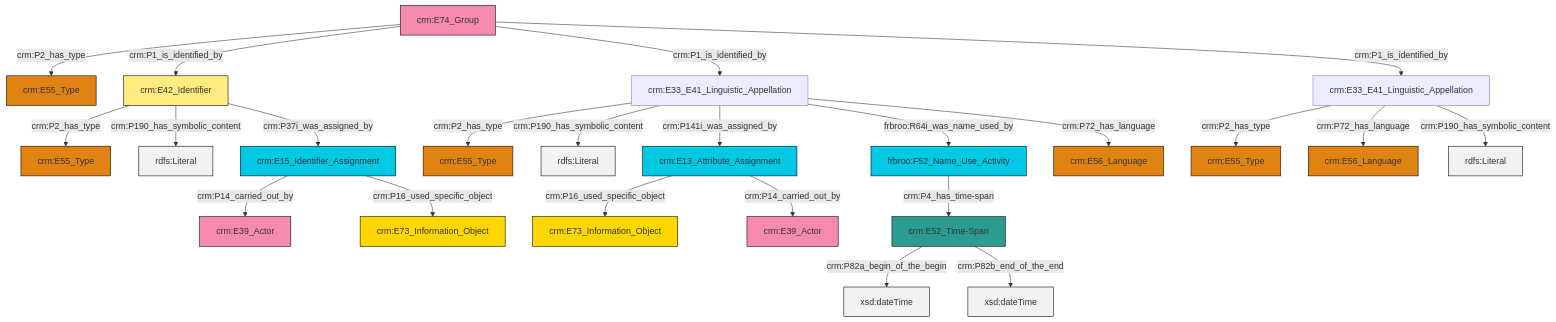
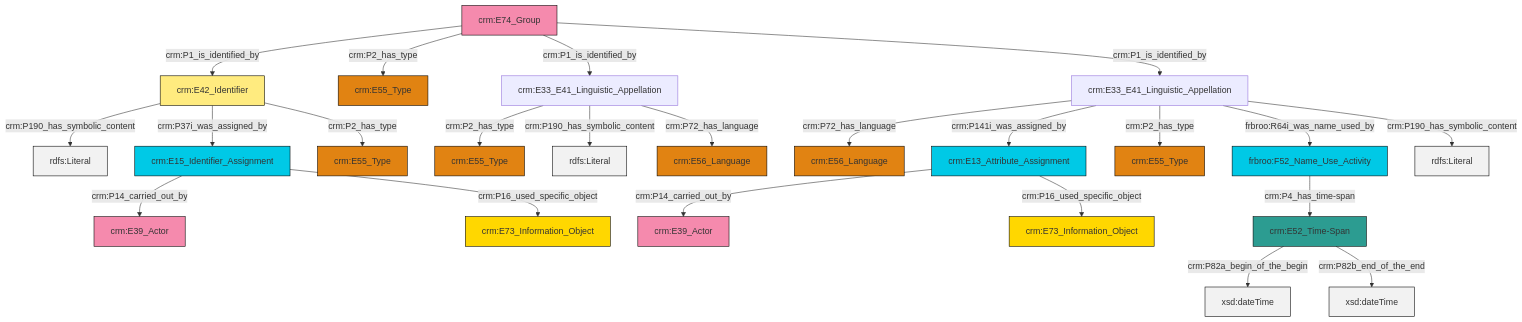
Before and after one commit to swiss-art-research-net/docs.swissartresearch: the diagram in et/groupCSV/ttl/mmd/group_name.ttl.mmd, drawn with Mermaid. The commit also changed 178 other files, not shown here.

```diff
--- a/et/groupCSV/ttl/mmd/group_name.ttl.mmd
+++ b/et/groupCSV/ttl/mmd/group_name.ttl.mmd
@@ -1,37 +1,37 @@
 graph TD
 classDef Literal fill:#f2f2f2,stroke:#000000;
 classDef CRM_Entity fill:#FFFFFF,stroke:#000000;
 classDef Temporal_Entity fill:#00C9E6, stroke:#000000;
 classDef Type fill:#E18312, stroke:#000000;
 classDef Time-Span fill:#2C9C91, stroke:#000000;
 classDef Appellation fill:#FFEB7F, stroke:#000000;
 classDef Place fill:#008836, stroke:#000000;
 classDef Persistent_Item fill:#B266B2, stroke:#000000;
 classDef Conceptual_Object fill:#FFD700, stroke:#000000;
 classDef Physical_Thing fill:#D2B48C, stroke:#000000;
 classDef Actor fill:#f58aad, stroke:#000000;
 classDef PC_Classes fill:#4ce600, stroke:#000000;
 classDef Multi fill:#cccccc,stroke:#000000;
 
-0["crm:E74_Group"]:::Actor -->|crm:P2_has_type| 1["crm:E55_Type"]:::Type
-4["crm:E33_E41_Linguistic_Appellation"]:::Default -->|crm:P2_has_type| 5["crm:E55_Type"]:::Type
-2["crm:E33_E41_Linguistic_Appellation"]:::Default -->|crm:P2_has_type| 8["crm:E55_Type"]:::Type
-9["crm:E42_Identifier"]:::Appellation -->|crm:P2_has_type| 10["crm:E55_Type"]:::Type
-4["crm:E33_E41_Linguistic_Appellation"]:::Default -->|crm:P72_has_language| 11["crm:E56_Language"]:::Type
-2["crm:E33_E41_Linguistic_Appellation"]:::Default -->|crm:P190_has_symbolic_content| 20[rdfs:Literal]:::Literal
-4["crm:E33_E41_Linguistic_Appellation"]:::Default -->|crm:P190_has_symbolic_content| 21[rdfs:Literal]:::Literal
-0["crm:E74_Group"]:::Actor -->|crm:P1_is_identified_by| 9["crm:E42_Identifier"]:::Appellation
-15["frbroo:F52_Name_Use_Activity"]:::Temporal_Entity -->|crm:P4_has_time-span| 6["crm:E52_Time-Span"]:::Time-Span
-0["crm:E74_Group"]:::Actor -->|crm:P1_is_identified_by| 2["crm:E33_E41_Linguistic_Appellation"]:::Default
-24["crm:E15_Identifier_Assignment"]:::Temporal_Entity -->|crm:P14_carried_out_by| 25["crm:E39_Actor"]:::Actor
-2["crm:E33_E41_Linguistic_Appellation"]:::Default -->|crm:P141i_was_assigned_by| 18["crm:E13_Attribute_Assignment"]:::Temporal_Entity
-6["crm:E52_Time-Span"]:::Time-Span -->|crm:P82a_begin_of_the_begin| 28[xsd:dateTime]:::Literal
-2["crm:E33_E41_Linguistic_Appellation"]:::Default -->|frbroo:R64i_was_name_used_by| 15["frbroo:F52_Name_Use_Activity"]:::Temporal_Entity
-24["crm:E15_Identifier_Assignment"]:::Temporal_Entity -->|crm:P16_used_specific_object| 30["crm:E73_Information_Object"]:::Conceptual_Object
-2["crm:E33_E41_Linguistic_Appellation"]:::Default -->|crm:P72_has_language| 31["crm:E56_Language"]:::Type
-9["crm:E42_Identifier"]:::Appellation -->|crm:P190_has_symbolic_content| 34[rdfs:Literal]:::Literal
-18["crm:E13_Attribute_Assignment"]:::Temporal_Entity -->|crm:P16_used_specific_object| 12["crm:E73_Information_Object"]:::Conceptual_Object
-9["crm:E42_Identifier"]:::Appellation -->|crm:P37i_was_assigned_by| 24["crm:E15_Identifier_Assignment"]:::Temporal_Entity
-18["crm:E13_Attribute_Assignment"]:::Temporal_Entity -->|crm:P14_carried_out_by| 32["crm:E39_Actor"]:::Actor
-6["crm:E52_Time-Span"]:::Time-Span -->|crm:P82b_end_of_the_end| 41[xsd:dateTime]:::Literal
-0["crm:E74_Group"]:::Actor -->|crm:P1_is_identified_by| 4["crm:E33_E41_Linguistic_Appellation"]:::Default
+0["crm:E15_Identifier_Assignment"]:::Temporal_Entity -->|crm:P14_carried_out_by| 1["crm:E39_Actor"]:::Actor
+2["crm:E33_E41_Linguistic_Appellation"]:::Default -->|crm:P2_has_type| 3["crm:E55_Type"]:::Type
+6["crm:E74_Group"]:::Actor -->|crm:P1_is_identified_by| 7["crm:E42_Identifier"]:::Appellation
+8["crm:E13_Attribute_Assignment"]:::Temporal_Entity -->|crm:P14_carried_out_by| 9["crm:E39_Actor"]:::Actor
+7["crm:E42_Identifier"]:::Appellation -->|crm:P190_has_symbolic_content| 10[rdfs:Literal]:::Literal
+15["crm:E52_Time-Span"]:::Time-Span -->|crm:P82a_begin_of_the_begin| 16[xsd:dateTime]:::Literal
+8["crm:E13_Attribute_Assignment"]:::Temporal_Entity -->|crm:P16_used_specific_object| 19["crm:E73_Information_Object"]:::Conceptual_Object
+6["crm:E74_Group"]:::Actor -->|crm:P2_has_type| 20["crm:E55_Type"]:::Type
+7["crm:E42_Identifier"]:::Appellation -->|crm:P37i_was_assigned_by| 0["crm:E15_Identifier_Assignment"]:::Temporal_Entity
+21["frbroo:F52_Name_Use_Activity"]:::Temporal_Entity -->|crm:P4_has_time-span| 15["crm:E52_Time-Span"]:::Time-Span
+2["crm:E33_E41_Linguistic_Appellation"]:::Default -->|crm:P190_has_symbolic_content| 22[rdfs:Literal]:::Literal
+0["crm:E15_Identifier_Assignment"]:::Temporal_Entity -->|crm:P16_used_specific_object| 25["crm:E73_Information_Object"]:::Conceptual_Object
+26["crm:E33_E41_Linguistic_Appellation"]:::Default -->|crm:P72_has_language| 17["crm:E56_Language"]:::Type
+6["crm:E74_Group"]:::Actor -->|crm:P1_is_identified_by| 2["crm:E33_E41_Linguistic_Appellation"]:::Default
+26["crm:E33_E41_Linguistic_Appellation"]:::Default -->|crm:P141i_was_assigned_by| 8["crm:E13_Attribute_Assignment"]:::Temporal_Entity
+2["crm:E33_E41_Linguistic_Appellation"]:::Default -->|crm:P72_has_language| 29["crm:E56_Language"]:::Type
+7["crm:E42_Identifier"]:::Appellation -->|crm:P2_has_type| 4["crm:E55_Type"]:::Type
+6["crm:E74_Group"]:::Actor -->|crm:P1_is_identified_by| 26["crm:E33_E41_Linguistic_Appellation"]:::Default
+15["crm:E52_Time-Span"]:::Time-Span -->|crm:P82b_end_of_the_end| 33[xsd:dateTime]:::Literal
+26["crm:E33_E41_Linguistic_Appellation"]:::Default -->|crm:P2_has_type| 11["crm:E55_Type"]:::Type
+26["crm:E33_E41_Linguistic_Appellation"]:::Default -->|frbroo:R64i_was_name_used_by| 21["frbroo:F52_Name_Use_Activity"]:::Temporal_Entity
+26["crm:E33_E41_Linguistic_Appellation"]:::Default -->|crm:P190_has_symbolic_content| 41[rdfs:Literal]:::Literal
```
